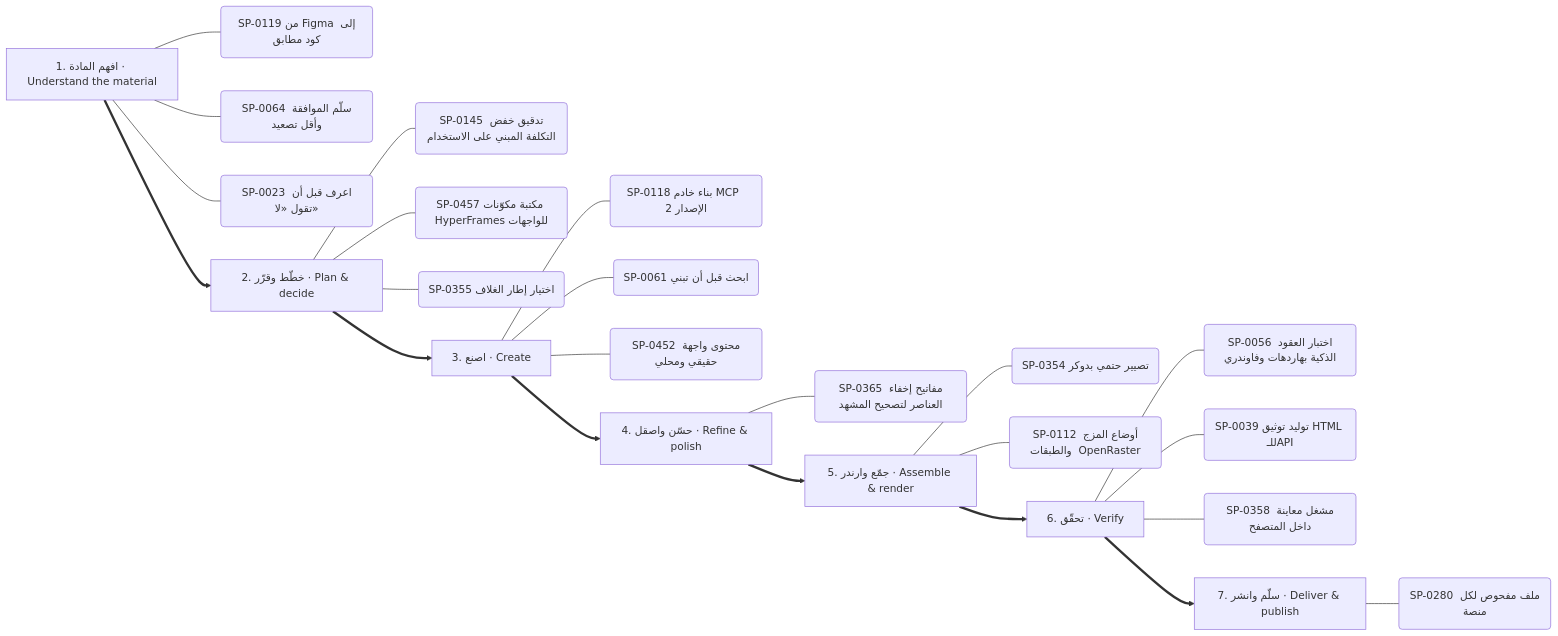
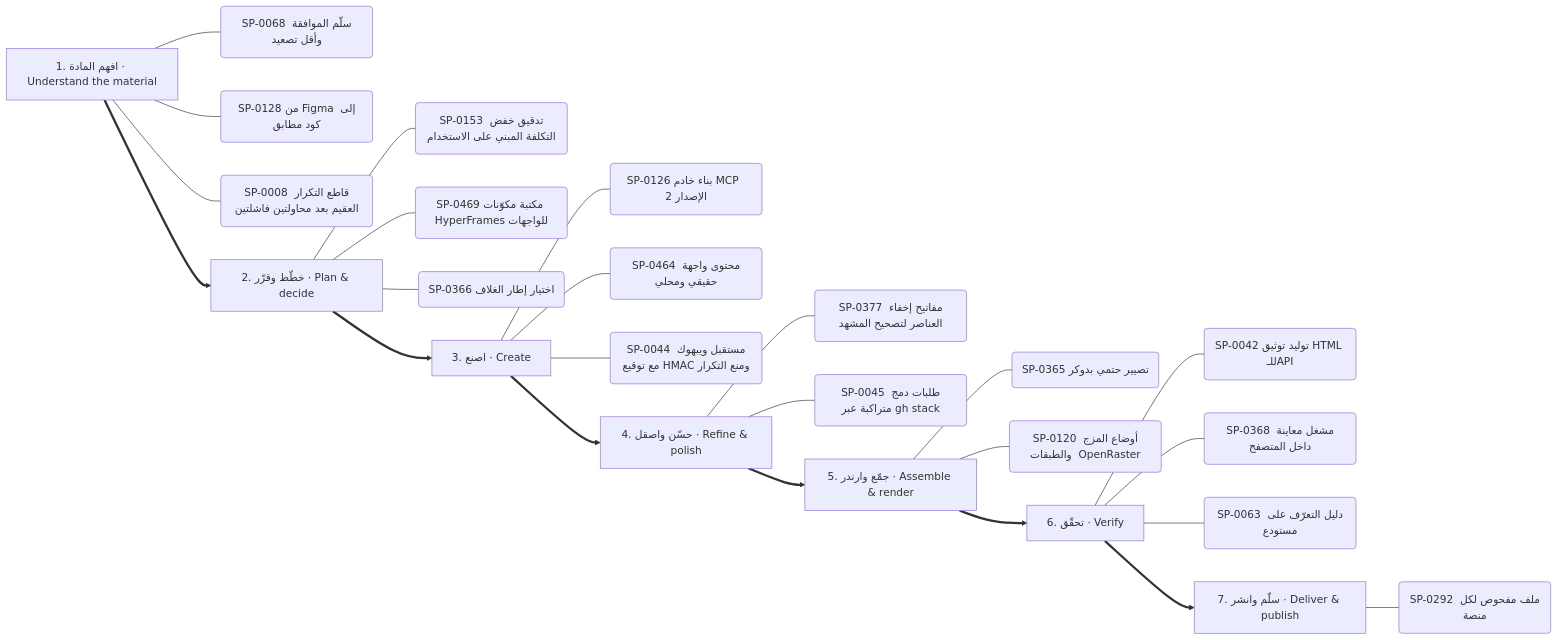
The ninth of 13 diagrams in .claude/skills/kosif-superpowers/references/capability-mindmap.md (kosif199022-jpg/kosif-tool), drawn with Mermaid before and after one commit. The commit also changed other lines of this file and 58 other files, not shown here.

````diff
--- a/.claude/skills/kosif-superpowers/references/capability-mindmap.md
+++ b/.claude/skills/kosif-superpowers/references/capability-mindmap.md
@@ -456,32 +459,33 @@
 ```mermaid
 flowchart LR
   S0["1. افهم المادة · Understand the material"]
-  S0 --- S0_0("SP-0119 من Figma إلى كود مطابق")
-  S0 --- S0_1("SP-0064 سلّم الموافقة وأقل تصعيد")
-  S0 --- S0_2("SP-0023 اعرف قبل أن تقول «لا»")
+  S0 --- S0_0("SP-0068 سلّم الموافقة وأقل تصعيد")
+  S0 --- S0_1("SP-0128 من Figma إلى كود مطابق")
+  S0 --- S0_2("SP-0008 قاطع التكرار العقيم بعد محاولتين فاشلتين")
   S1["2. خطّط وقرّر · Plan & decide"]
-  S1 --- S1_0("SP-0145 تدقيق خفض التكلفة المبني على الاستخدام")
-  S1 --- S1_1("SP-0457 مكتبة مكوّنات HyperFrames للواجهات")
-  S1 --- S1_2("SP-0355 اختيار إطار الغلاف")
+  S1 --- S1_0("SP-0153 تدقيق خفض التكلفة المبني على الاستخدام")
+  S1 --- S1_1("SP-0469 مكتبة مكوّنات HyperFrames للواجهات")
+  S1 --- S1_2("SP-0366 اختيار إطار الغلاف")
   S0 ==> S1
   S2["3. اصنع · Create"]
-  S2 --- S2_0("SP-0118 بناء خادم MCP  الإصدار 2 ")
-  S2 --- S2_1("SP-0061 ابحث قبل أن تبني")
-  S2 --- S2_2("SP-0452 محتوى واجهة حقيقي ومحلي")
+  S2 --- S2_0("SP-0126 بناء خادم MCP  الإصدار 2 ")
+  S2 --- S2_1("SP-0464 محتوى واجهة حقيقي ومحلي")
+  S2 --- S2_2("SP-0044 مستقبل ويبهوك مع توقيع HMAC ومنع التكرار")
   S1 ==> S2
   S3["4. حسّن واصقل · Refine & polish"]
-  S3 --- S3_0("SP-0365 مفاتيح إخفاء العناصر لتصحيح المشهد")
+  S3 --- S3_0("SP-0377 مفاتيح إخفاء العناصر لتصحيح المشهد")
+  S3 --- S3_1("SP-0045 طلبات دمج متراكبة عبر gh stack")
   S2 ==> S3
   S4["5. جمّع وارندر · Assemble & render"]
-  S4 --- S4_0("SP-0354 تصيير حتمي بدوكر")
-  S4 --- S4_1("SP-0112 أوضاع المزج والطبقات  OpenRaster ")
+  S4 --- S4_0("SP-0365 تصيير حتمي بدوكر")
+  S4 --- S4_1("SP-0120 أوضاع المزج والطبقات  OpenRaster ")
   S3 ==> S4
   S5["6. تحقّق · Verify"]
-  S5 --- S5_0("SP-0056 اختبار العقود الذكية بهاردهات وفاوندري")
-  S5 --- S5_1("SP-0039 توليد توثيق HTML للـAPI")
-  S5 --- S5_2("SP-0358 مشغل معاينة داخل المتصفح")
+  S5 --- S5_0("SP-0042 توليد توثيق HTML للـAPI")
+  S5 --- S5_1("SP-0368 مشغل معاينة داخل المتصفح")
+  S5 --- S5_2("SP-0063 دليل التعرّف على مستودع")
   S4 ==> S5
   S6["7. سلّم وانشر · Deliver & publish"]
-  S6 --- S6_0("SP-0280 ملف مفحوص لكل منصة")
+  S6 --- S6_0("SP-0292 ملف مفحوص لكل منصة")
   S5 ==> S6
 ```
````
